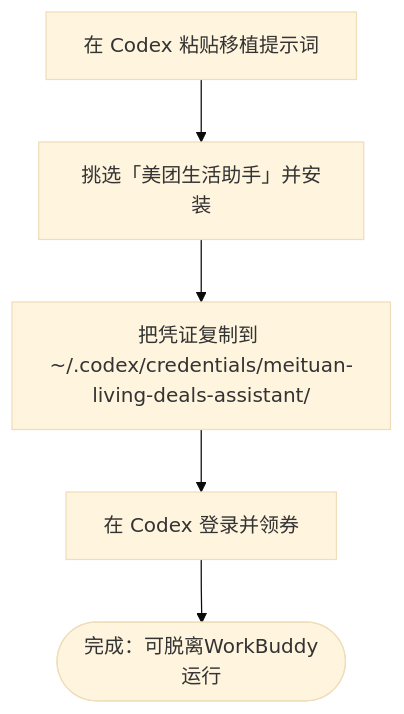
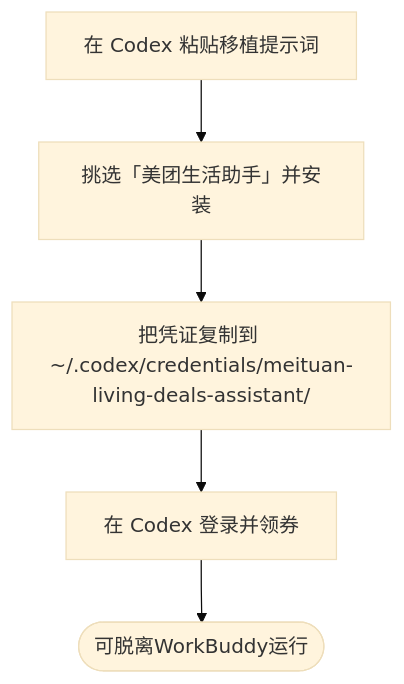
The fourth of 4 diagrams in README.md (chillboy67/workbuddy-meituan-daily-benefits-guide), drawn with Mermaid (base theme) before and after one commit.

````diff
--- a/README.md
+++ b/README.md
@@ -159,7 +159,7 @@
 ```mermaid
 flowchart TD
     Step1[在 Codex 粘贴移植提示词] --> Step2[挑选「美团生活助手」并安装]
     Step2 --> Step3[把凭证复制到 ~/.codex/credentials/meituan-living-deals-assistant/]
     Step3 --> Step4[在 Codex 登录并领券]
-    Step4 --> End3([完成：可脱离WorkBuddy运行])
+    Step4 --> End3([可脱离WorkBuddy运行])
 ```
````
